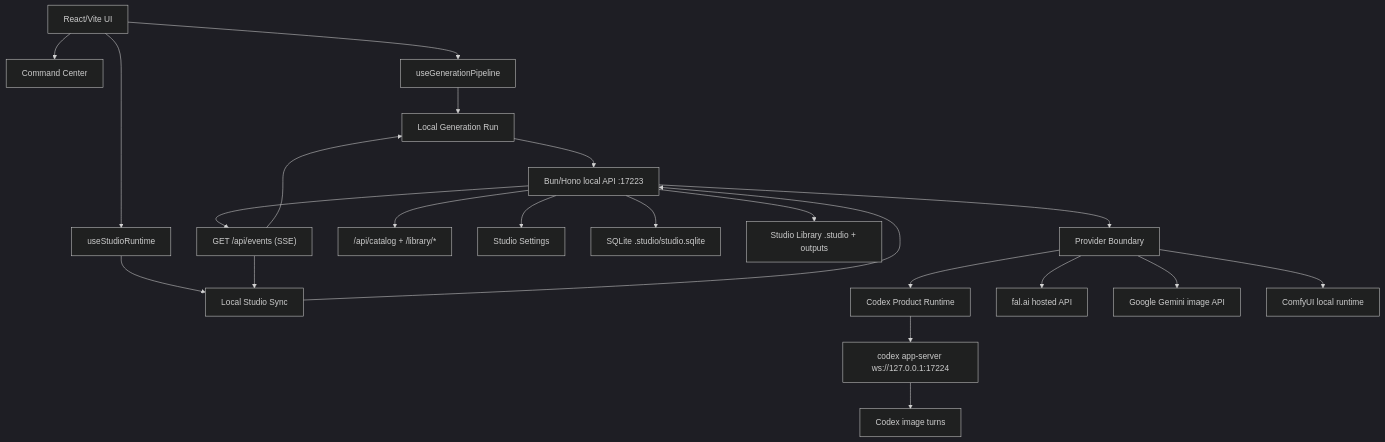
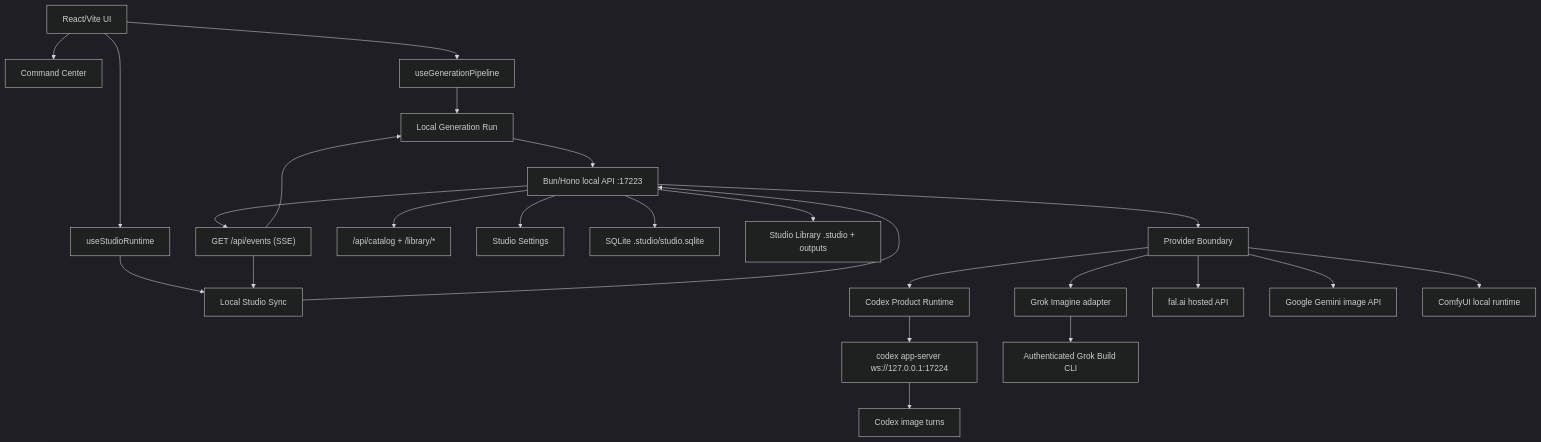
Before and after one commit to gvastethecreator/codex-studio: the diagram in docs/ARCHITECTURE.md, drawn with Mermaid (dark theme). The commit also changed other lines of this file and 71 other files, not shown here.

Commit message:
Refine Codex Studio architecture and streamline implementation

````diff
--- a/docs/ARCHITECTURE.md
+++ b/docs/ARCHITECTURE.md
@@ -5,24 +5,26 @@
 ```mermaid
 graph TD
     UI["React/Vite UI"] --> COMMAND["Command Center"]
     UI --> PIPE["useGenerationPipeline"]
     UI --> RUNTIME["useStudioRuntime"]
     PIPE --> RUN["Local Generation Run"]
     RUNTIME --> SYNC["Local Studio Sync"]
     RUN --> API["Bun/Hono local API :17223"]
     SYNC --> API
     API --> EVENTS["GET /api/events (SSE)"]
     EVENTS --> RUN
     EVENTS --> SYNC
     API --> CATALOG["/api/catalog + /library/*"]
     API --> SETTINGS["Studio Settings"]
     API --> DB["SQLite .studio/studio.sqlite"]
     API --> LIB["Studio Library .studio + outputs"]
     API --> PROVIDERS["Provider Boundary"]
     PROVIDERS --> CODEX["Codex Product Runtime"]
     CODEX --> CX["codex app-server ws://127.0.0.1:17224"]
     CX --> TURN["Codex image turns"]
+    PROVIDERS --> GROK["Grok Imagine adapter"]
+    GROK --> GCLI["Authenticated Grok Build CLI"]
     PROVIDERS --> FAL["fal.ai hosted API"]
     PROVIDERS --> GOOGLE["Google Gemini image API"]
     PROVIDERS --> COMFY["ComfyUI local runtime"]
 ```
````
